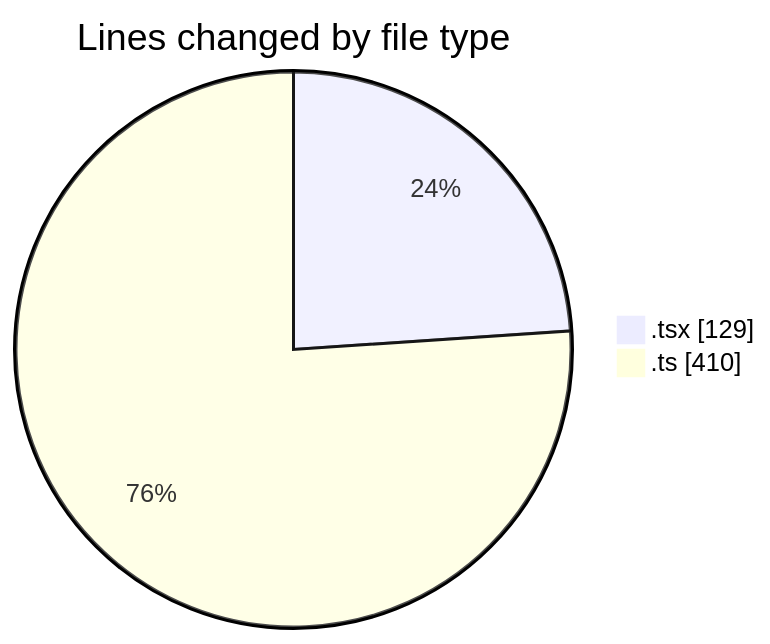
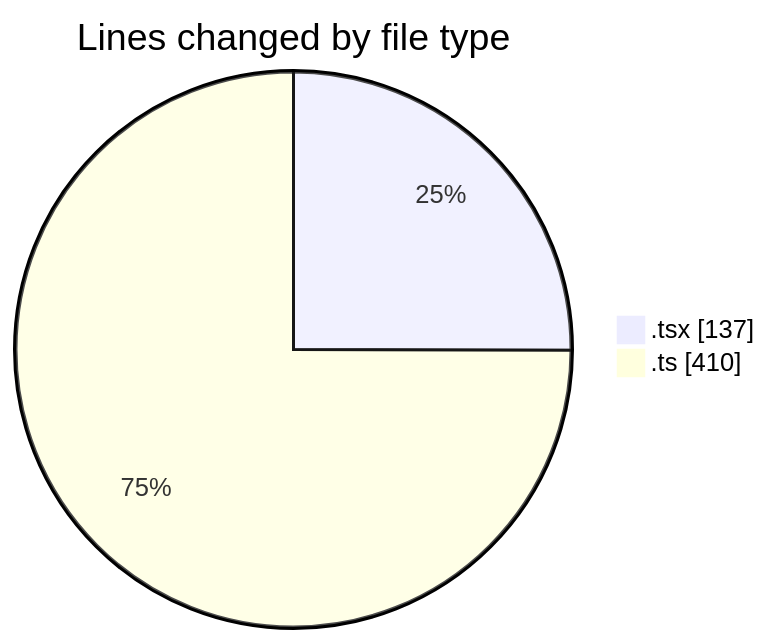
The first of 2 diagrams in 2026-03-26/cda/README.md (momahboobian/code-tracking), drawn with Mermaid before and after one commit. The commit also changed other lines of this file and 1 other file, not shown here.

````diff
--- a/2026-03-26/cda/README.md
+++ b/2026-03-26/cda/README.md
@@ -22,6 +22,6 @@
 ```mermaid
 pie showData
 title Lines changed by file type
-".tsx" : 129
+".tsx" : 137
 ".ts" : 410
 ```
````
